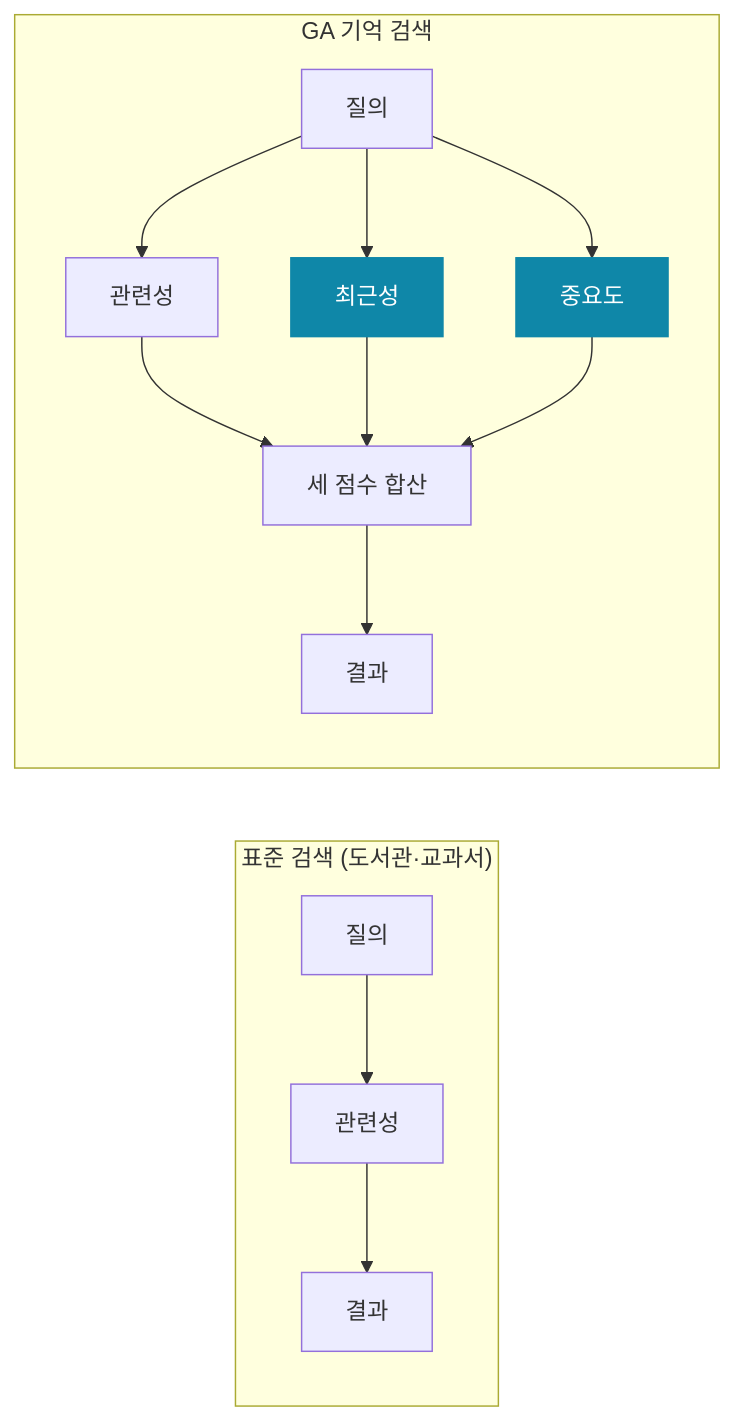
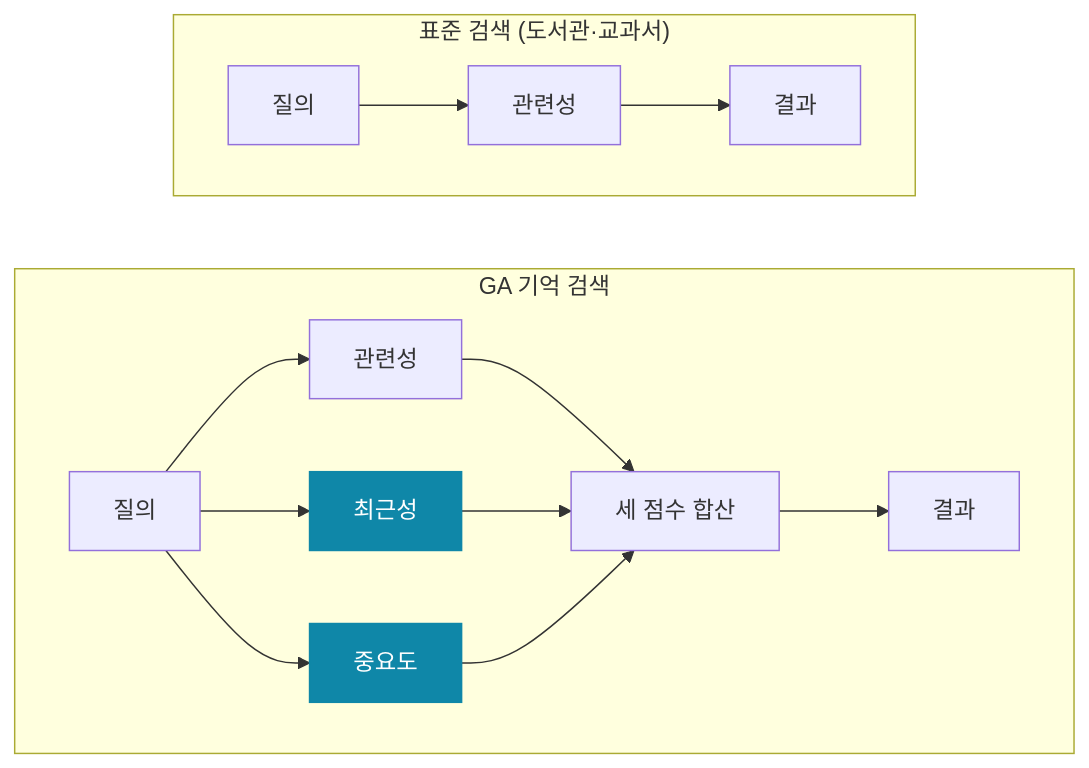
One commit to qoal1201/synthetic-society-research changed the second of 2 diagrams in paper-reviews/2304.03442-generative-agents.qmd. Above: the diagram before and after it, drawn with Mermaid. The commit also changed other lines of this file and 3 other files, not shown here.

````diff
--- a/paper-reviews/2304.03442-generative-agents.qmd
+++ b/paper-reviews/2304.03442-generative-agents.qmd
@@ -78,20 +78,21 @@
 ```{mermaid}
 %%| fig-cap: "표준 검색은 관련성 하나로 고른다. GA는 거기에 최근성·중요도를 더해 세 점수로 고른다. 모식도."
-flowchart LR
+flowchart TB
   subgraph STD["표준 검색 (도서관·교과서)"]
-    direction TB
+    direction LR
     S1["질의"] --> S2["관련성"] --> S3["결과"]
   end
   subgraph GAG["GA 기억 검색"]
-    direction TB
+    direction LR
     G1["질의"] --> GR["관련성"]
     G1 --> GC["최근성"]
     G1 --> GI["중요도"]
     GR --> SUM["세 점수 합산"]
     GC --> SUM
     GI --> SUM
     SUM --> G3["결과"]
   end
+  STD ~~~ GAG
   classDef add fill:#0F87A8,color:#ffffff,stroke:#0F87A8;
   class GC,GI add;
 ```
````
